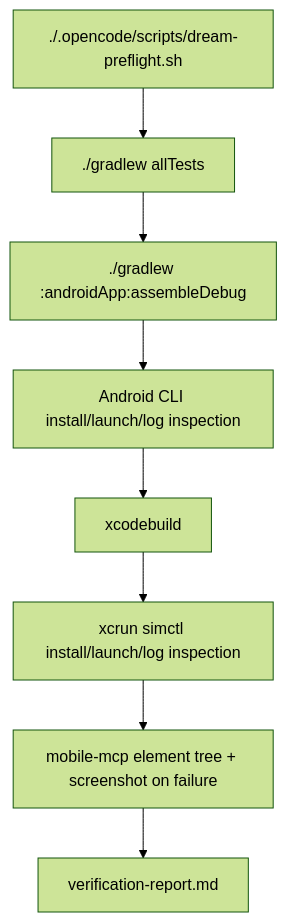
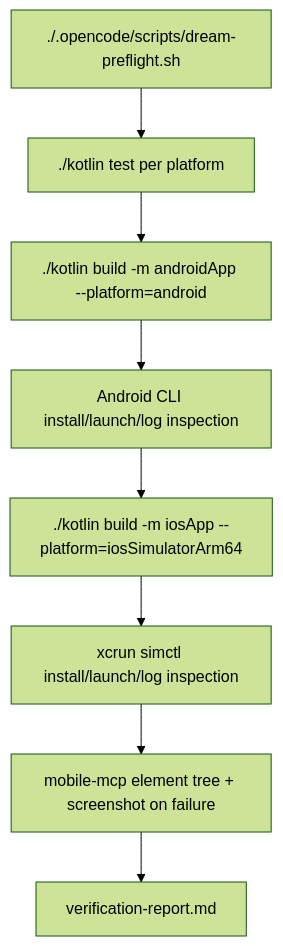
The eighth of 8 diagrams in ONBOARDING.md (Helmy2/Dream), drawn with Mermaid (forest theme) before and after one commit. The commit also changed other lines of this file and 305 other files, not shown here.

````diff
--- a/ONBOARDING.md
+++ b/ONBOARDING.md
@@ -281,10 +282,10 @@
 ```mermaid
 flowchart TD
-    Preflight[./.opencode/scripts/dream-preflight.sh] --> Tests[./gradlew allTests]
-    Tests --> AndroidBuild[./gradlew :androidApp:assembleDebug]
+    Preflight[./.opencode/scripts/dream-preflight.sh] --> Tests[./kotlin test per platform]
+    Tests --> AndroidBuild[./kotlin build -m androidApp --platform=android]
     AndroidBuild --> AndroidRuntime[Android CLI install/launch/log inspection]
-    AndroidRuntime --> IOSBuild[xcodebuild]
+    AndroidRuntime --> IOSBuild[./kotlin build -m iosApp --platform=iosSimulatorArm64]
     IOSBuild --> IOSRuntime[xcrun simctl install/launch/log inspection]
     IOSRuntime --> MCP[mobile-mcp element tree + screenshot on failure]
     MCP --> Report[verification-report.md]
 ```
````
